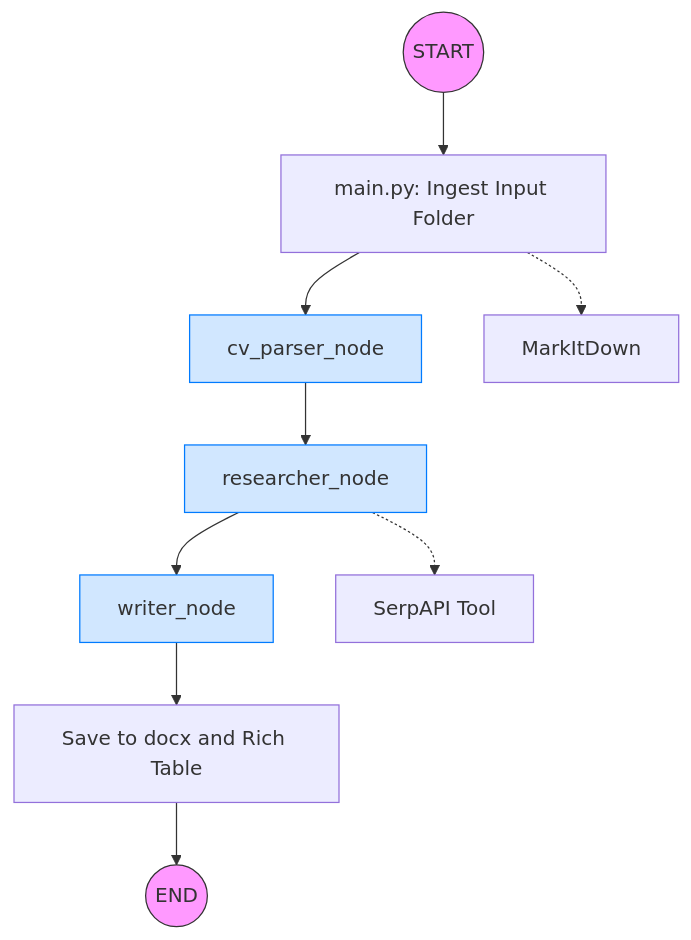
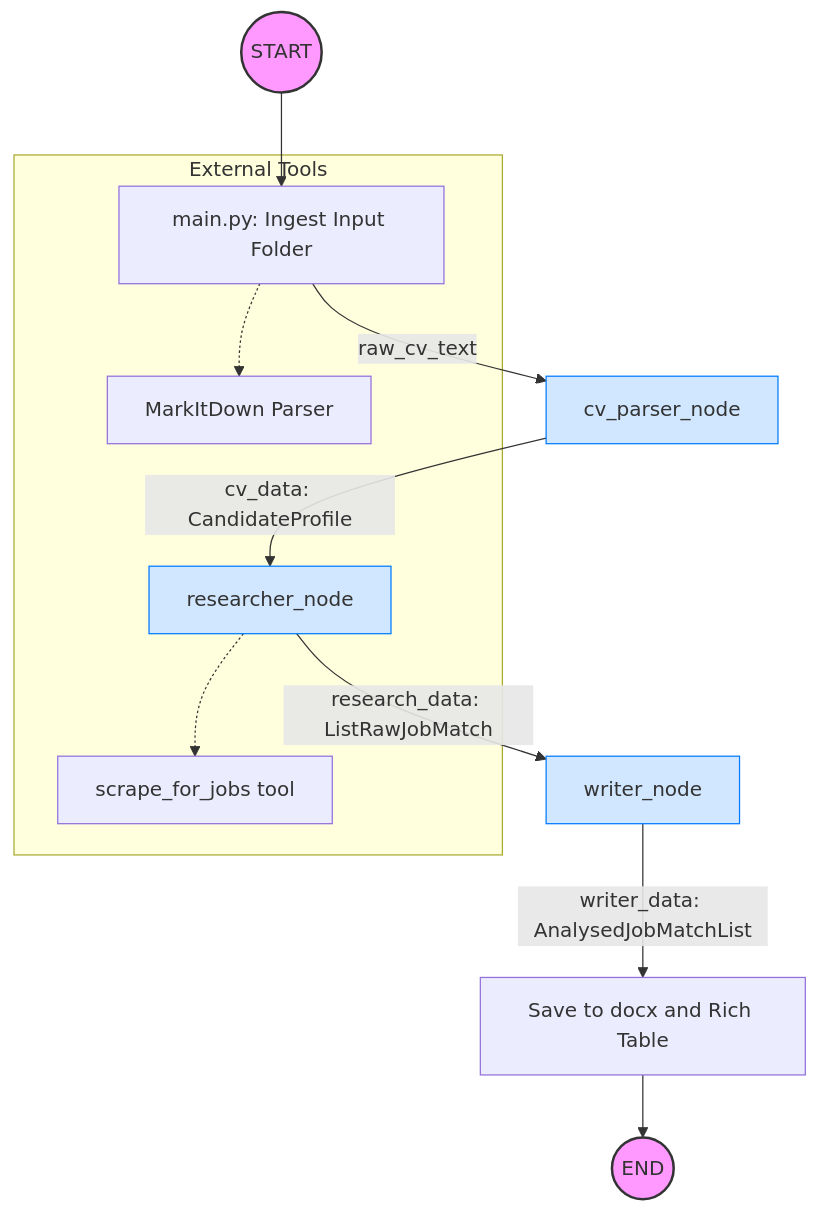
The diagram in README.md (Ruyzambrano/agentic-job-search), drawn with Mermaid before and after one commit. The commit also changed other lines of this file, not shown here.

````diff
--- a/README.md
+++ b/README.md
@@ -11,18 +11,21 @@
 ```mermaid
 graph TD
     Start((START)) --> Ingest[main.py: Ingest Input Folder]
-    Ingest --> Parser[cv_parser_node]
-    Parser --> Researcher[researcher_node]
-    Researcher --> Writer[writer_node]
-    Writer --> Output[Save to docx and Rich Table]
+    Ingest -->|raw_cv_text| Parser[cv_parser_node]
+    Parser -->|cv_data: CandidateProfile| Researcher[researcher_node]
+    Researcher -->|research_data: ListRawJobMatch| Writer[writer_node]
+    Writer -->|writer_data: AnalysedJobMatchList| Output[Save to docx and Rich Table]
     Output --> End((END))
 
-    Researcher -.-> SerpAPI[SerpAPI Tool]
-    Ingest -.-> MID[MarkItDown]
+    subgraph External_Tools [External Tools]
+        Researcher -.-> SerpAPI[scrape_for_jobs tool]
+        Ingest -.-> MID[MarkItDown Parser]
+    end
 
-    style Start fill:#f9f,stroke:#333
-    style End fill:#f9f,stroke:#333
+    style Start fill:#f9f,stroke:#333,stroke-width:2px
+    style End fill:#f9f,stroke:#333,stroke-width:2px
     style Parser fill:#d1e7ff,stroke:#007bff
     style Researcher fill:#d1e7ff,stroke:#007bff
     style Writer fill:#d1e7ff,stroke:#007bff
+
 ```
````
